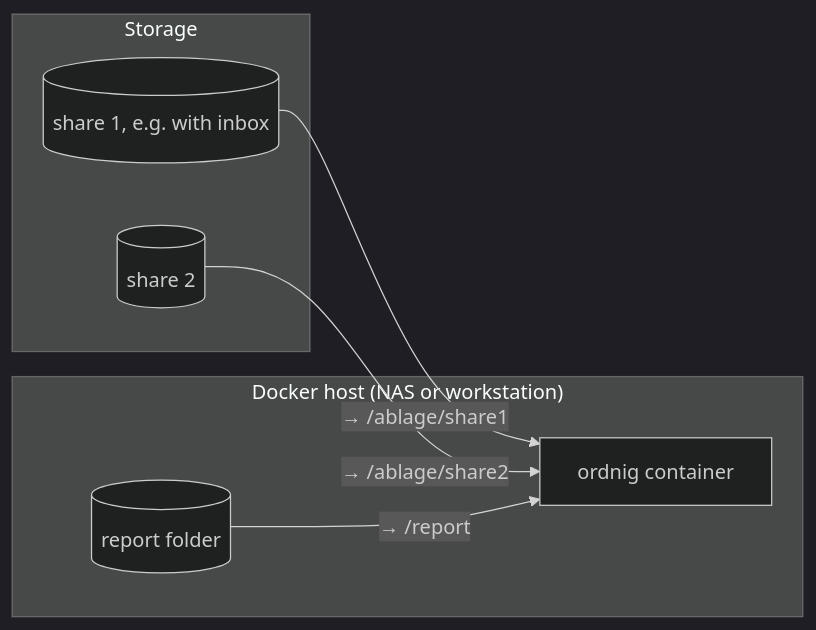
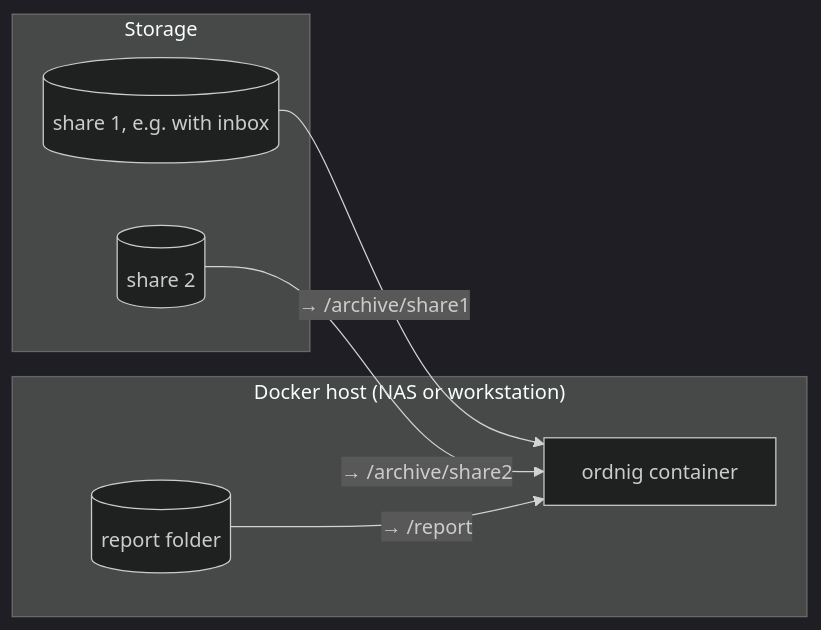
One commit to Tiliavir/ordnig changed the diagram in docs/arc42/07-deployment.md. Above: the diagram before and after it, drawn with Mermaid (dark theme). The commit also changed other lines of this file and 21 other files, not shown here.

````diff
--- a/docs/arc42/07-deployment.md
+++ b/docs/arc42/07-deployment.md
@@ -3,14 +3,14 @@
 ```mermaid
 flowchart LR
     subgraph Host["Docker host (NAS or workstation)"]
         O[ordnig container]
         R[(report folder)]
     end
     subgraph Storage["Storage"]
         A1[(share 1, e.g. with inbox)]
         A2[(share 2)]
     end
-    A1 -- "→ /ablage/share1" --> O
-    A2 -- "→ /ablage/share2" --> O
+    A1 -- "→ /archive/share1" --> O
+    A2 -- "→ /archive/share2" --> O
     R -- "→ /report" --> O
 ```
````
